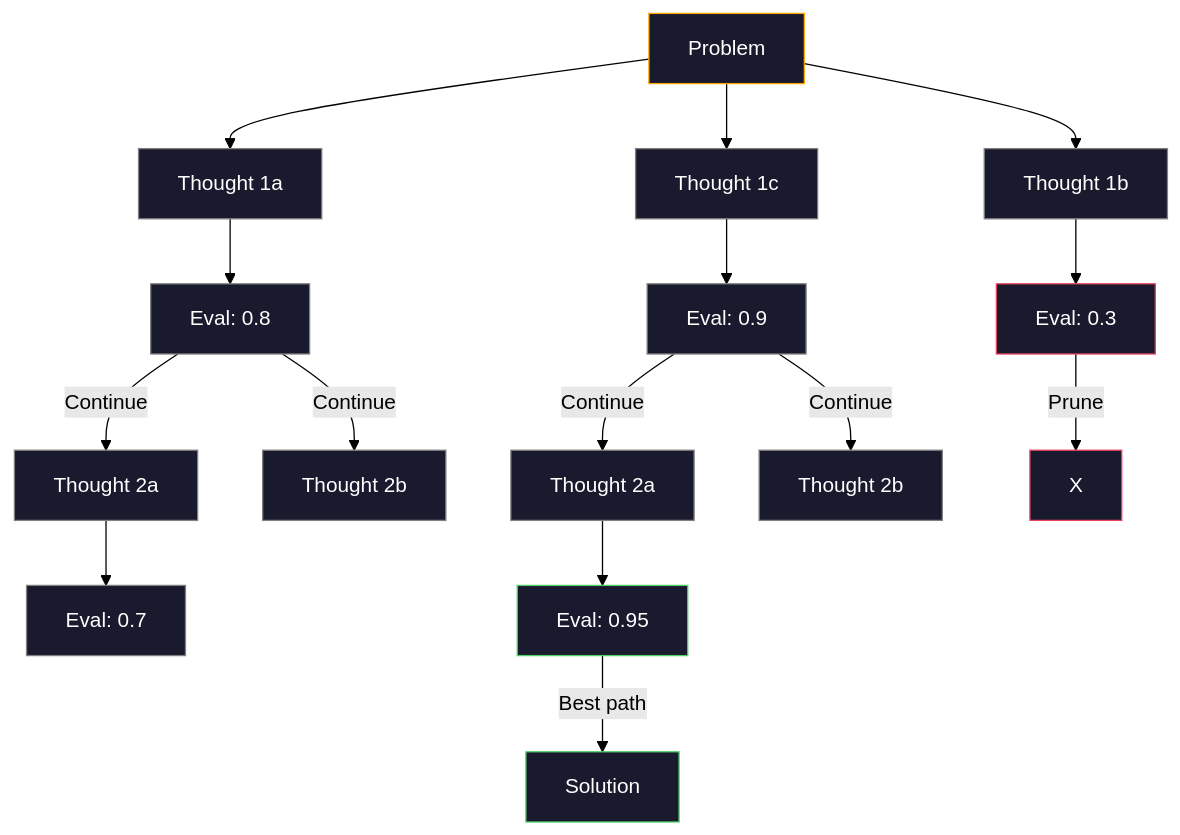
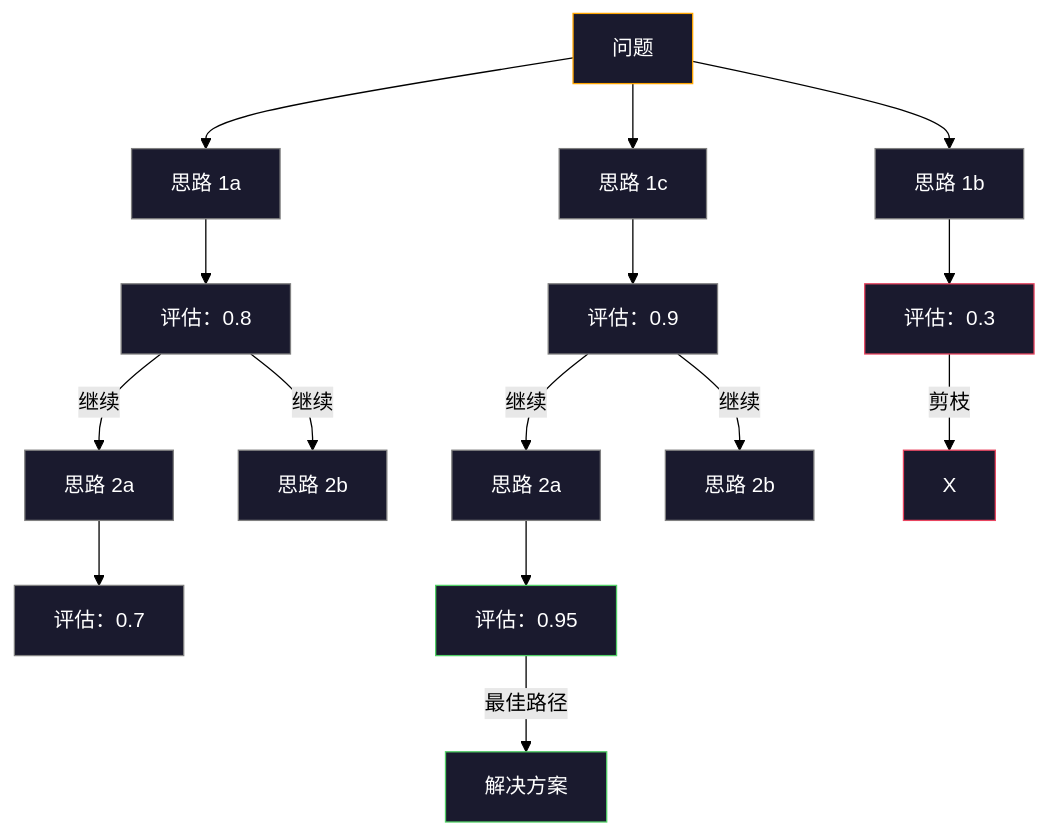
The fourth of 6 diagrams in phases/11-llm-engineering/02-few-shot-cot/docs/en.md (cluster1900/ai-engineering-from-scratch-zh), drawn with Mermaid (forest theme) before and after one commit. The commit also changed other lines of this file and 2 other files, not shown here.

````diff
--- a/phases/11-llm-engineering/02-few-shot-cot/docs/en.md
+++ b/phases/11-llm-engineering/02-few-shot-cot/docs/en.md
@@ -147,38 +147,38 @@
 ```mermaid
 graph TD
-    Root["Problem"] --> B1["Thought 1a"]
-    Root --> B2["Thought 1b"]
-    Root --> B3["Thought 1c"]
+    Root["问题"] --> B1["思路 1a"]
+    Root --> B2["思路 1b"]
+    Root --> B3["思路 1c"]
 
-    B1 --> E1["Eval: 0.8"]
-    B2 --> E2["Eval: 0.3"]
-    B3 --> E3["Eval: 0.9"]
+    B1 --> E1["评估：0.8"]
+    B2 --> E2["评估：0.3"]
+    B3 --> E3["评估：0.9"]
 
-    E1 -->|Continue| B1a["Thought 2a"]
-    E1 -->|Continue| B1b["Thought 2b"]
-    E3 -->|Continue| B3a["Thought 2a"]
-    E3 -->|Continue| B3b["Thought 2b"]
+    E1 -->|继续| B1a["思路 2a"]
+    E1 -->|继续| B1b["思路 2b"]
+    E3 -->|继续| B3a["思路 2a"]
+    E3 -->|继续| B3b["思路 2b"]
 
-    E2 -->|Prune| X["X"]
+    E2 -->|剪枝| X["X"]
 
-    B1a --> E4["Eval: 0.7"]
-    B3a --> E5["Eval: 0.95"]
+    B1a --> E4["评估：0.7"]
+    B3a --> E5["评估：0.95"]
 
-    E5 -->|Best path| Final["Solution"]
+    E5 -->|最佳路径| Final["解决方案"]
 
     style Root fill:#1a1a2e,stroke:#ffa500,color:#fff
     style E2 fill:#1a1a2e,stroke:#e94560,color:#fff
     style X fill:#1a1a2e,stroke:#e94560,color:#fff
     style E5 fill:#1a1a2e,stroke:#51cf66,color:#fff
     style Final fill:#1a1a2e,stroke:#51cf66,color:#fff
     style B1 fill:#1a1a2e,stroke:#808080,color:#fff
     style B2 fill:#1a1a2e,stroke:#808080,color:#fff
     style B3 fill:#1a1a2e,stroke:#808080,color:#fff
     style B1a fill:#1a1a2e,stroke:#808080,color:#fff
     style B1b fill:#1a1a2e,stroke:#808080,color:#fff
     style B3a fill:#1a1a2e,stroke:#808080,color:#fff
     style B3b fill:#1a1a2e,stroke:#808080,color:#fff
     style E1 fill:#1a1a2e,stroke:#808080,color:#fff
     style E3 fill:#1a1a2e,stroke:#808080,color:#fff
     style E4 fill:#1a1a2e,stroke:#808080,color:#fff
 ```
````
